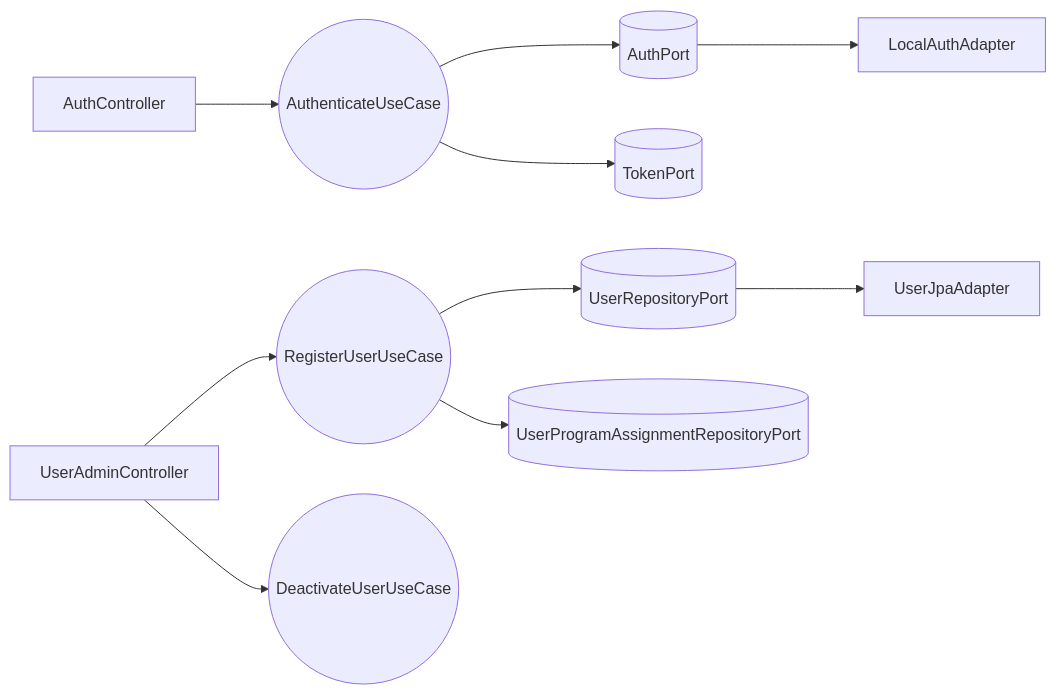
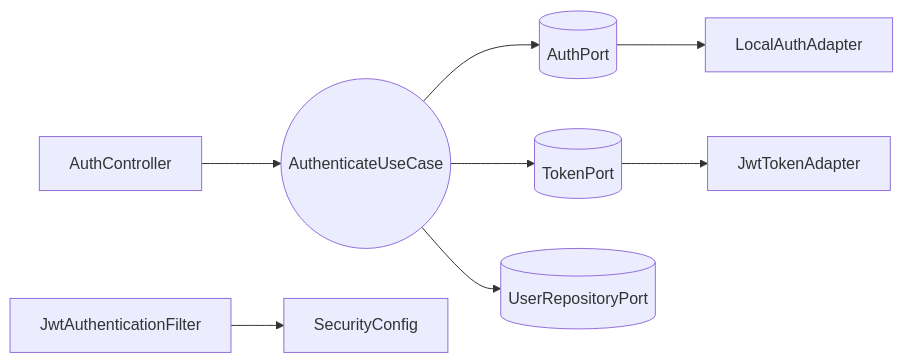
The diagram in docs/design/DD-UC-001.md (AcredIA-UMSS/sigesa-backend-springboot), drawn with Mermaid before and after one commit. The commit also changed other lines of this file and 24 other files, not shown here.

````diff
--- a/docs/design/DD-UC-001.md
+++ b/docs/design/DD-UC-001.md
@@ -128,12 +97,10 @@
 ```mermaid
 flowchart LR
   AC[AuthController] --> AUC((AuthenticateUseCase))
-  UAC[UserAdminController] --> RUC((RegisterUserUseCase))
-  UAC --> DUC((DeactivateUserUseCase))
+  JWF[JwtAuthenticationFilter] --> SC[SecurityConfig]
   AUC --> AuthPort[(AuthPort)]
   AUC --> TokenPort[(TokenPort)]
-  RUC --> UserRepo[(UserRepositoryPort)]
-  RUC --> UPARepo[(UserProgramAssignmentRepositoryPort)]
+  AUC --> UserRepo[(UserRepositoryPort)]
   AuthPort --> LAA[LocalAuthAdapter]
-  UserRepo --> JPA[UserJpaAdapter]
+  TokenPort --> JWT[JwtTokenAdapter]
 ```
````
